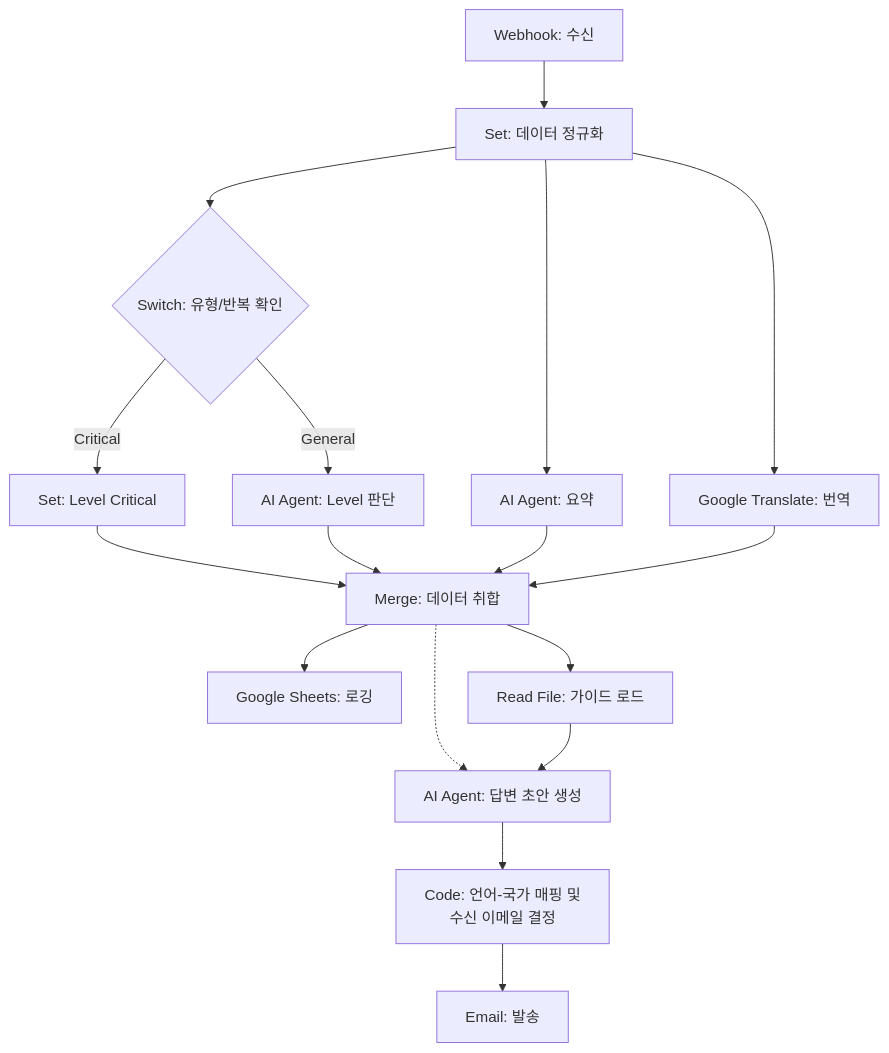
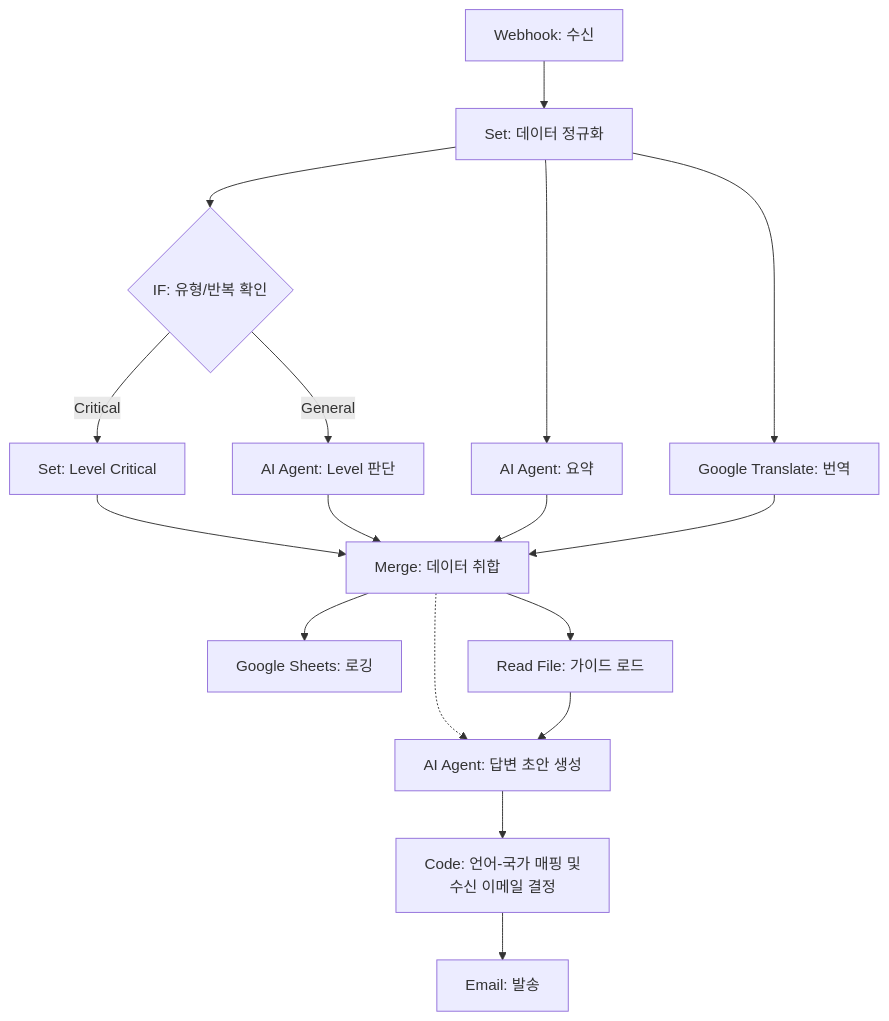
Before and after one commit to letsescape/shop-clone-n8n: the diagram in n8n_data/workflows/workflow.md, drawn with Mermaid.

````diff
--- a/n8n_data/workflows/workflow.md
+++ b/n8n_data/workflows/workflow.md
@@ -15,27 +15,27 @@
 ```mermaid
 flowchart TD
 %% 1. 수신 및 정규화
     Step1["Webhook: 수신"] --> Norm["Set: 데이터 정규화"]
 %% 2. 3-Track 병렬 분석
-    Norm --> Switch_Type{"Switch: 유형/반복 확인"}
+    Norm --> Switch_Type{"IF: 유형/반복 확인"}
     Switch_Type -->|" Critical "| Set_Crit["Set: Level Critical"]
     Switch_Type -->|" General "| AI_Level["AI Agent: Level 판단"]
     Norm --> AI_Sum["AI Agent: 요약"]
     Norm --> Trans["Google Translate: 번역"]
 %% 3. 데이터 병합
     Set_Crit & AI_Level & AI_Sum & Trans --> Merge["Merge: 데이터 취합"]
 %% 4. 로깅 (종료)
     Merge --> Log["Google Sheets: 로깅"]
 %% 5. 가이드 로드
     Merge --> Load_File["Read File: 가이드 로드"]
 %% 6. 답변 생성
     Merge -.-> AI_Draft["AI Agent: 답변 초안 생성"]
     Load_File --> AI_Draft
 %% 7. [NEW] 주소 매핑 (Code Node)
 %% 여기서 30개국 매핑 정보를 관리합니다.
     AI_Draft --> Map_Address["Code: 언어-국가 매핑 및<br/>수신 이메일 결정"]
 %% 8. 발송 (단순화됨)
 %% 이미 결정된 이메일 주소로 쏘기만 합니다.
     Map_Address --> Mail_Send["Email: 발송"]
 
 ```
````
